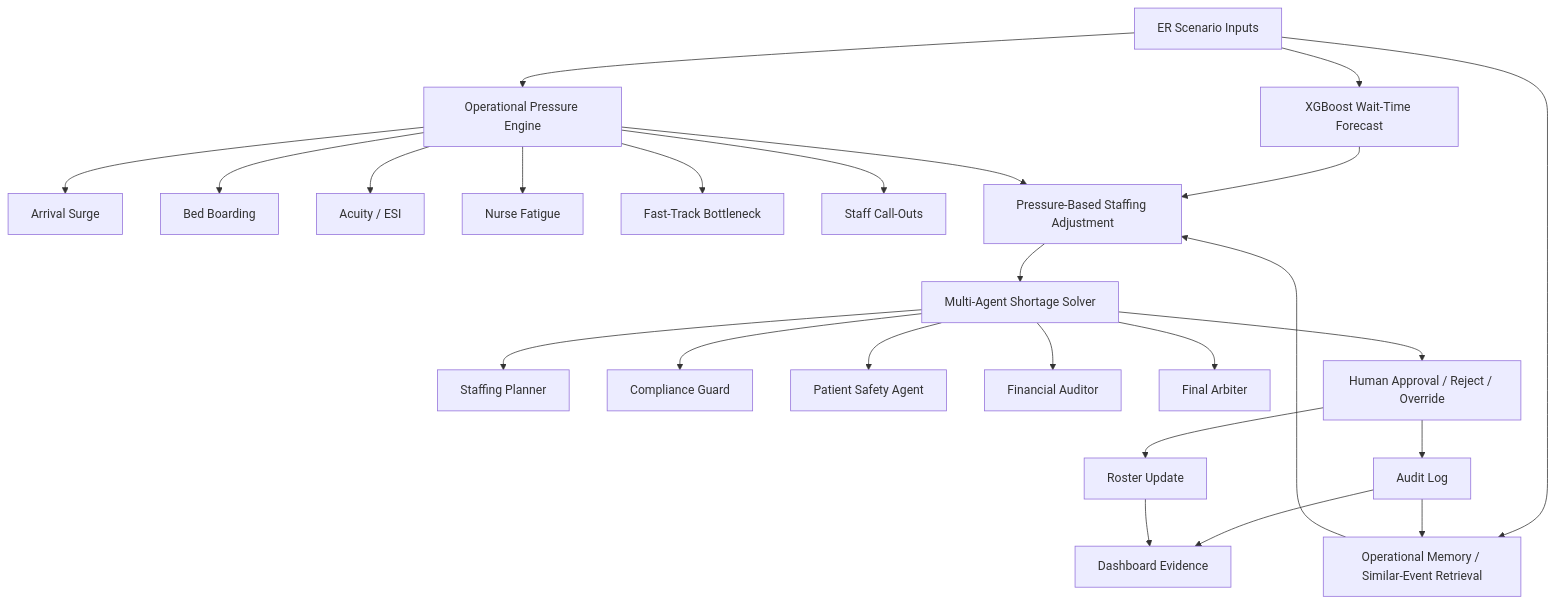
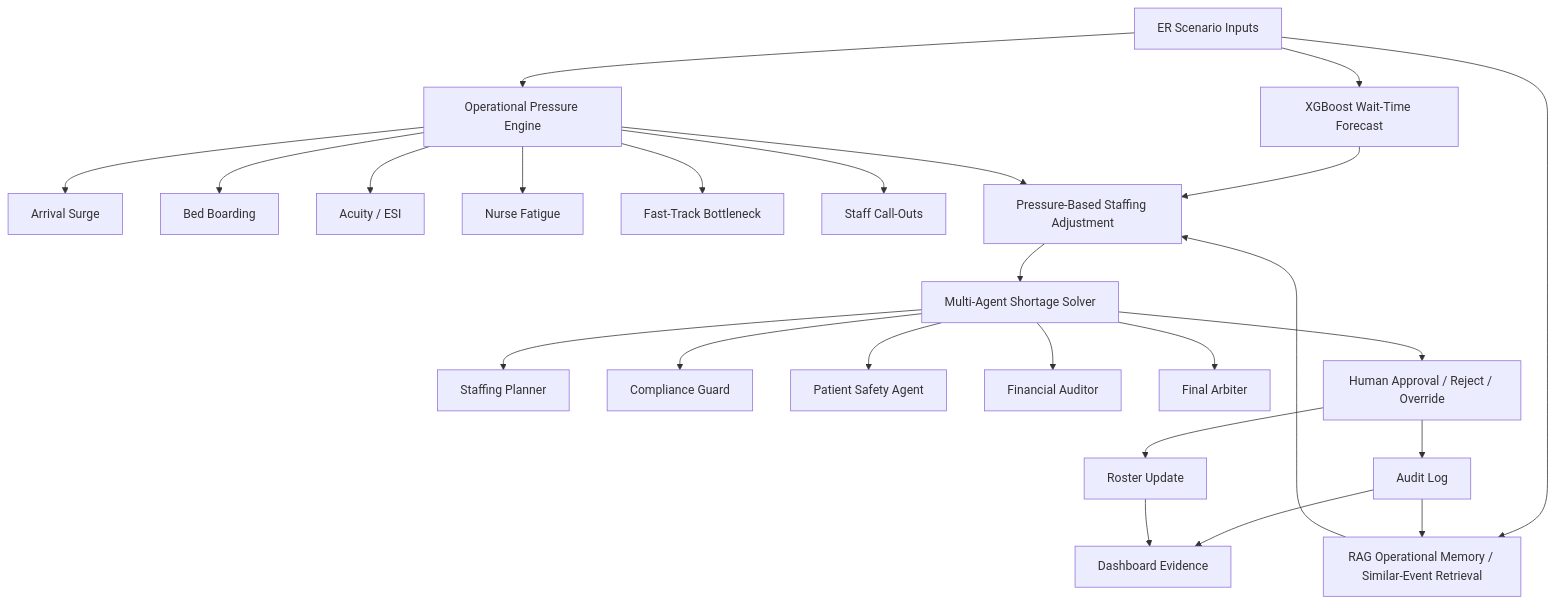
The first of 2 diagrams in README.md (draculess99/SafeStaff-LIinkedIn-DEMO), drawn with Mermaid before and after one commit. The commit also changed other lines of this file, not shown here.

````diff
--- a/README.md
+++ b/README.md
@@ -189,32 +189,32 @@
 ```mermaid
 flowchart TD
     A[ER Scenario Inputs] --> B[XGBoost Wait-Time Forecast]
     A --> C[Operational Pressure Engine]
-    A --> M[Operational Memory / Similar-Event Retrieval]
+    A --> M[RAG Operational Memory / Similar-Event Retrieval]
 
     C --> C1[Arrival Surge]
     C --> C2[Bed Boarding]
     C --> C3[Acuity / ESI]
     C --> C4[Nurse Fatigue]
     C --> C5[Fast-Track Bottleneck]
     C --> C6[Staff Call-Outs]
 
     B --> D[Pressure-Based Staffing Adjustment]
     C --> D
     M --> D
 
     D --> E[Multi-Agent Shortage Solver]
     E --> E1[Staffing Planner]
     E --> E2[Compliance Guard]
     E --> E3[Patient Safety Agent]
     E --> E4[Financial Auditor]
     E --> E5[Final Arbiter]
 
     E --> F[Human Approval / Reject / Override]
     F --> G[Roster Update]
     F --> H[Audit Log]
 
     H --> I[Dashboard Evidence]
     G --> I
     H --> M
 ```
````
